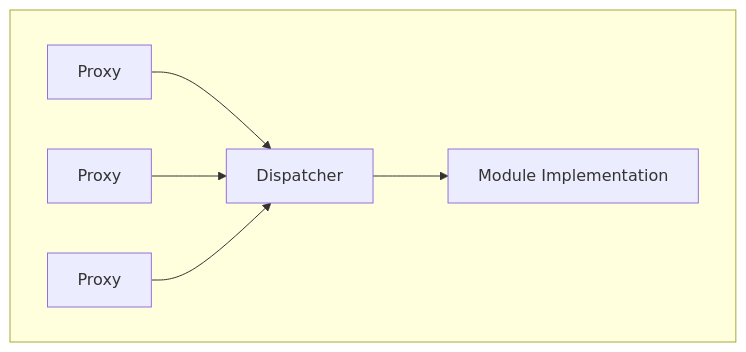
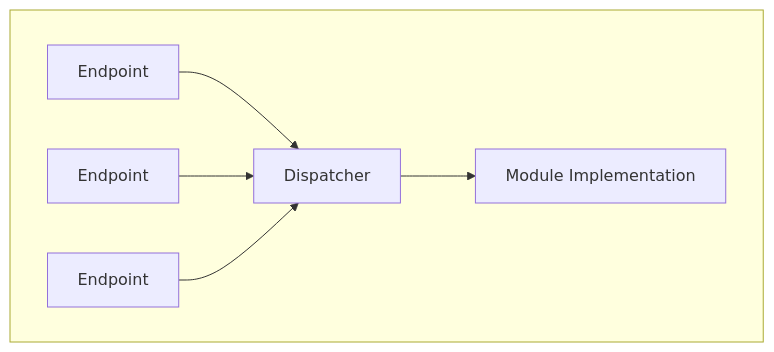
The second of 5 diagrams in docs/IMPLEMENTERS.md (chromaxyz/reflex), drawn with Mermaid before and after one commit. The commit also changed other lines of this file and 41 other files, not shown here.

````diff
--- a/docs/IMPLEMENTERS.md
+++ b/docs/IMPLEMENTERS.md
@@ -49,9 +49,9 @@
 ```mermaid
 graph TD
-  subgraph MultiProxy [ ]
-  Proxy1["Proxy"] --> Dispatcher
-  Proxy2["Proxy"] --> Dispatcher
-  Proxy3["Proxy"] --> Dispatcher
+  subgraph MultiEndpoint [ ]
+  Endpoint1["Endpoint"] --> Dispatcher
+  Endpoint2["Endpoint"] --> Dispatcher
+  Endpoint3["Endpoint"] --> Dispatcher
   Dispatcher --> Module["Module Implementation"]
   end
 ```
````
